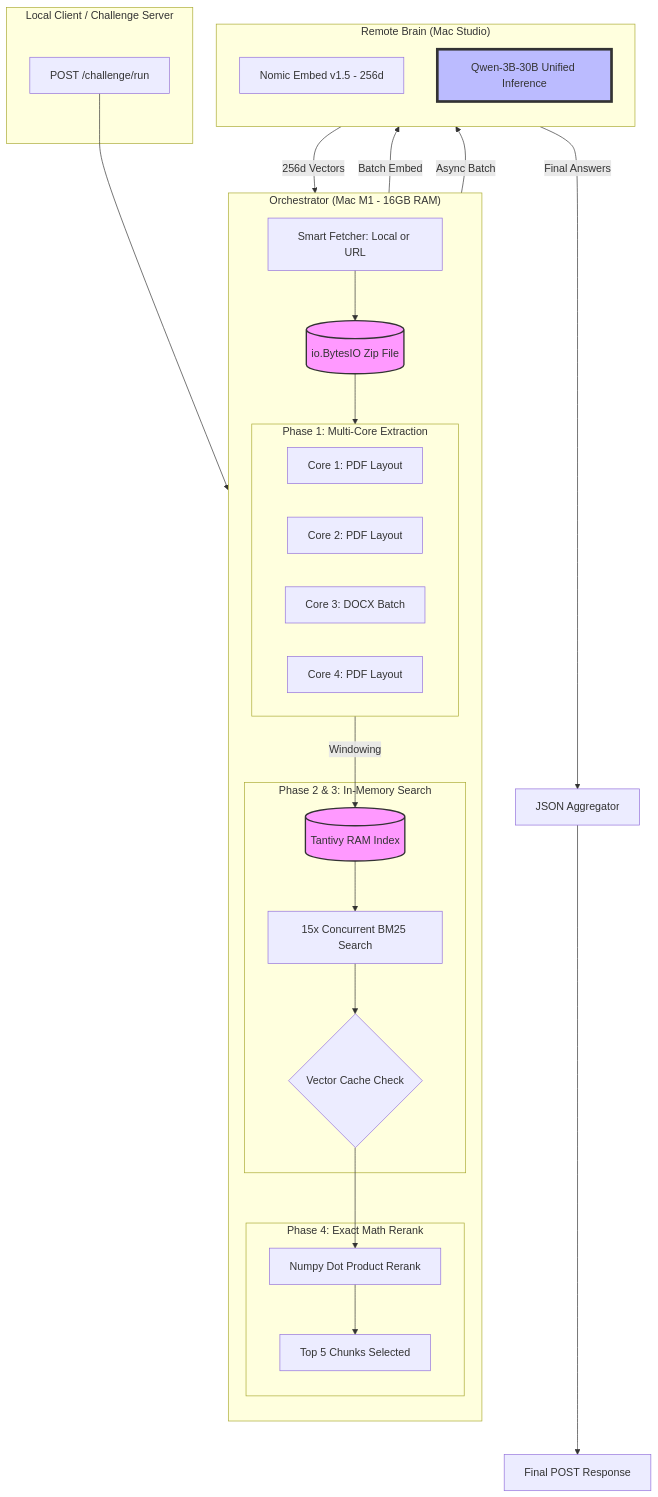
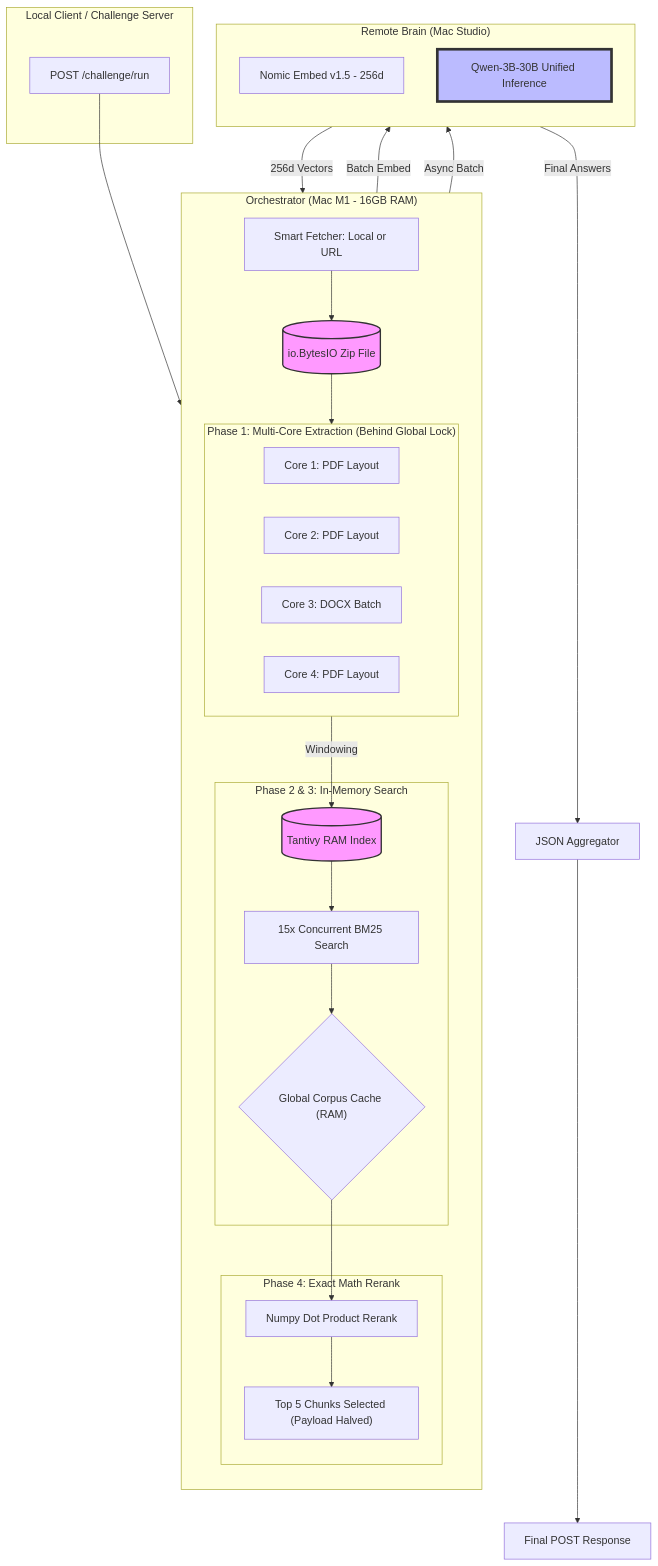
Before and after one commit to trident4/Lucio_Challenge: the diagram in docs/speedrunphases/architecture.md, drawn with Mermaid. The commit also changed other lines of this file and 7 other files, not shown here.

Commit message:
feat: Implement global corpus caching with concurrency control, add context compression, and introduce a concurrent evaluation script.

````diff
--- a/docs/speedrunphases/architecture.md
+++ b/docs/speedrunphases/architecture.md
@@ -1,60 +1,60 @@
 ```mermaid
 flowchart TD
 subgraph Client["Local Client / Challenge Server"]
 Trigger["POST /challenge/run"]
 end
 
     subgraph M1["Orchestrator (Mac M1 - 16GB RAM)"]
         direction TB
         Fetch["Smart Fetcher: Local or URL"]
         RAM_Zip[("io.BytesIO Zip File")]
 
-        subgraph Extraction["Phase 1: Multi-Core Extraction"]
+        subgraph Extraction["Phase 1: Multi-Core Extraction (Behind Global Lock)"]
             direction LR
             P1["Core 1: PDF Layout"]
             P2["Core 2: PDF Layout"]
             P3["Core 3: DOCX Batch"]
             P4["Core 4: PDF Layout"]
         end
 
         subgraph Search["Phase 2 & 3: In-Memory Search"]
             Tantivy[("Tantivy RAM Index")]
             BM25["15x Concurrent BM25 Search"]
-            Cache{"Vector Cache Check"}
+            Cache{"Global Corpus Cache (RAM)"}
         end
 
         subgraph Rerank["Phase 4: Exact Math Rerank"]
             Numpy["Numpy Dot Product Rerank"]
-            Top5["Top 5 Chunks Selected"]
+            Top5["Top 5 Chunks Selected (Payload Halved)"]
         end
     end
 
     subgraph Studio["Remote Brain (Mac Studio)"]
         direction TB
         Embed["Nomic Embed v1.5 - 256d"]
         Qwen["Qwen-3B-30B Unified Inference"]
     end
 
     %% Connections
     Trigger --> Fetch
     Fetch --> RAM_Zip
     RAM_Zip --> Extraction
     Extraction -->|Windowing| Tantivy
     Tantivy --> BM25
     BM25 --> Cache
 
     %% Remote Calls
     Cache -- "Batch Embed" --> Embed
     Embed -- "256d Vectors" --> Cache
     Cache --> Numpy
     Numpy --> Top5
     Top5 -- "Async Batch" --> Qwen
     Qwen -- "Final Answers" --> Aggregator["JSON Aggregator"]
 
     Aggregator --> Output["Final POST Response"]
 
     %% Styling
     style RAM_Zip fill:#f9f,stroke:#333,stroke-width:2px
     style Tantivy fill:#f9f,stroke:#333,stroke-width:2px
     style Qwen fill:#bbf,stroke:#333,stroke-width:4px
 ```
````
